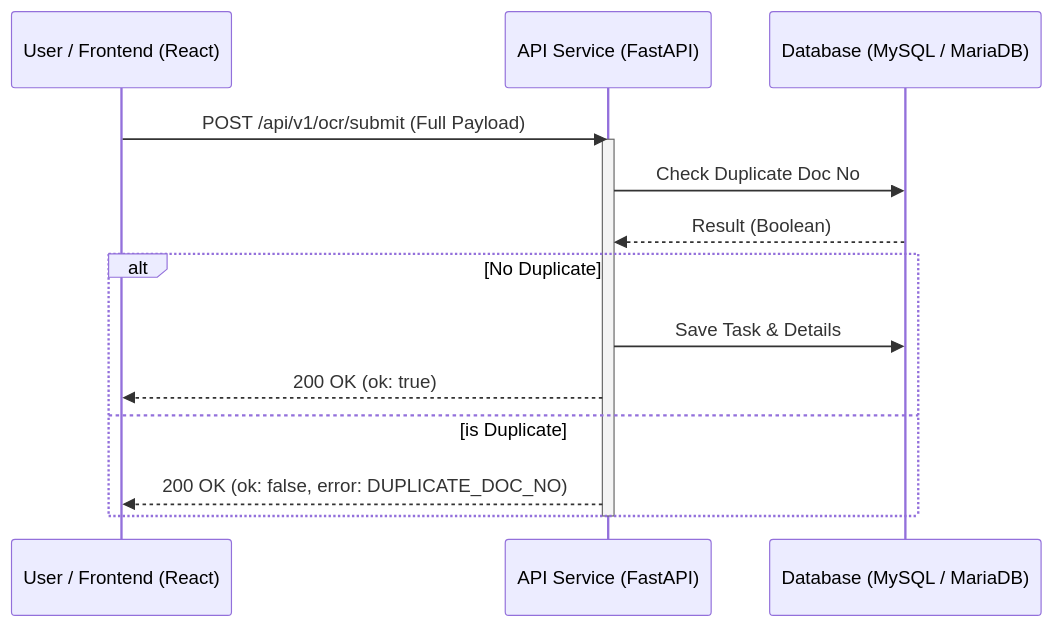
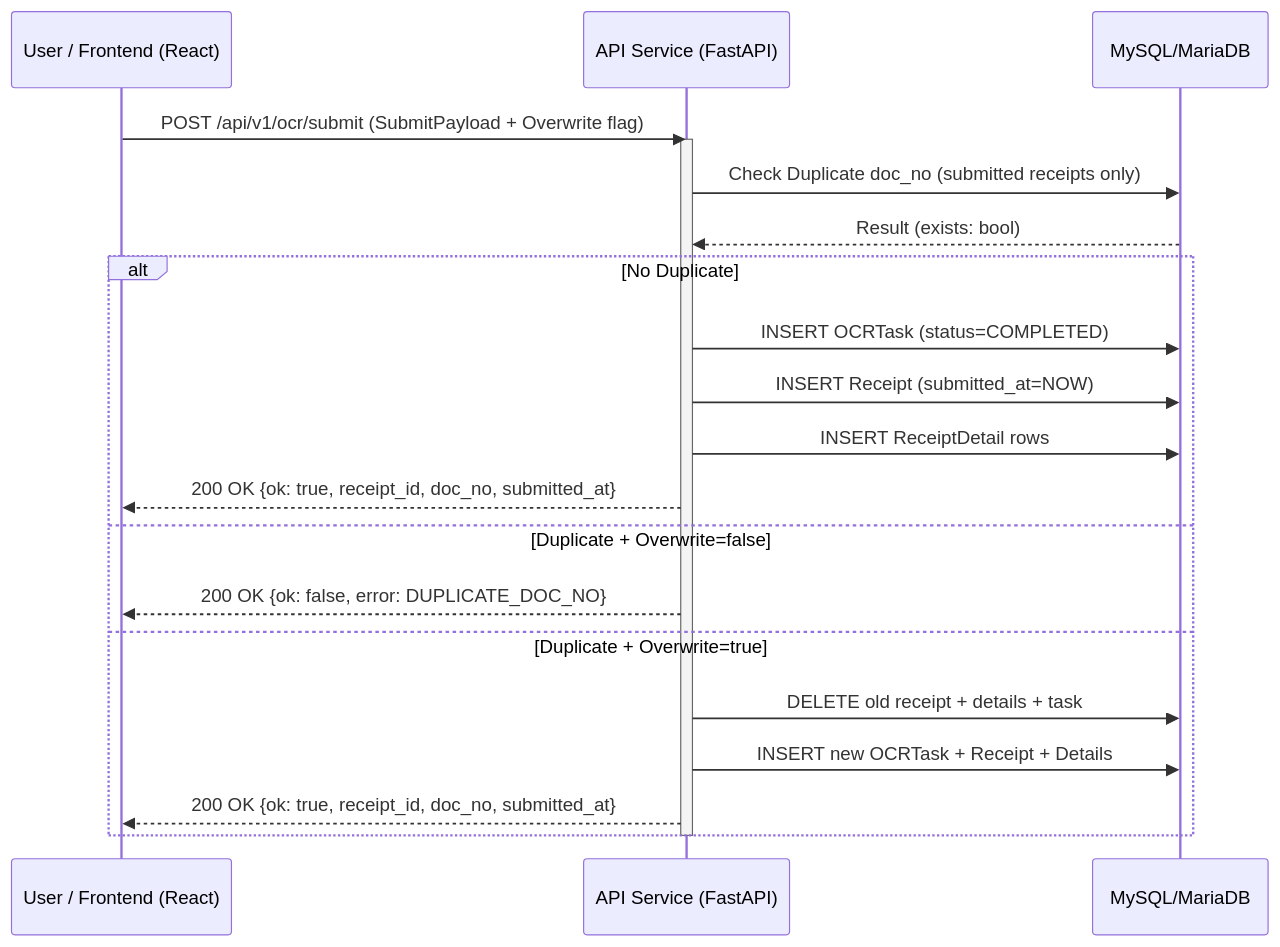
The seventh of 7 diagrams in docs/Software_Requirements_Specification.md (SupportCarmen/OCR), drawn with Mermaid before and after one commit. The commit also changed other lines of this file and 2 other files, not shown here.

````diff
--- a/docs/Software_Requirements_Specification.md
+++ b/docs/Software_Requirements_Specification.md
@@ -138,18 +222,24 @@
 ```mermaid
 sequenceDiagram
     participant User as User / Frontend (React)
     participant API as API Service (FastAPI)
-    participant DB as Database (MySQL / MariaDB)
+    participant DB as MySQL/MariaDB
 
-    User->>API: POST /api/v1/ocr/submit (Full Payload)
+    User->>API: POST /api/v1/ocr/submit (SubmitPayload + Overwrite flag)
     activate API
-    API->>DB: Check Duplicate Doc No
-    DB-->>API: Result (Boolean)
+    API->>DB: Check Duplicate doc_no (submitted receipts only)
+    DB-->>API: Result (exists: bool)
     alt No Duplicate
-        API->>DB: Save Task & Details
-        API-->>User: 200 OK (ok: true)
-    else is Duplicate
-        API-->>User: 200 OK (ok: false, error: DUPLICATE_DOC_NO)
+        API->>DB: INSERT OCRTask (status=COMPLETED)
+        API->>DB: INSERT Receipt (submitted_at=NOW)
+        API->>DB: INSERT ReceiptDetail rows
+        API-->>User: 200 OK {ok: true, receipt_id, doc_no, submitted_at}
+    else Duplicate + Overwrite=false
+        API-->>User: 200 OK {ok: false, error: DUPLICATE_DOC_NO}
+    else Duplicate + Overwrite=true
+        API->>DB: DELETE old receipt + details + task
+        API->>DB: INSERT new OCRTask + Receipt + Details
+        API-->>User: 200 OK {ok: true, receipt_id, doc_no, submitted_at}
     end
     deactivate API
 ```
````
